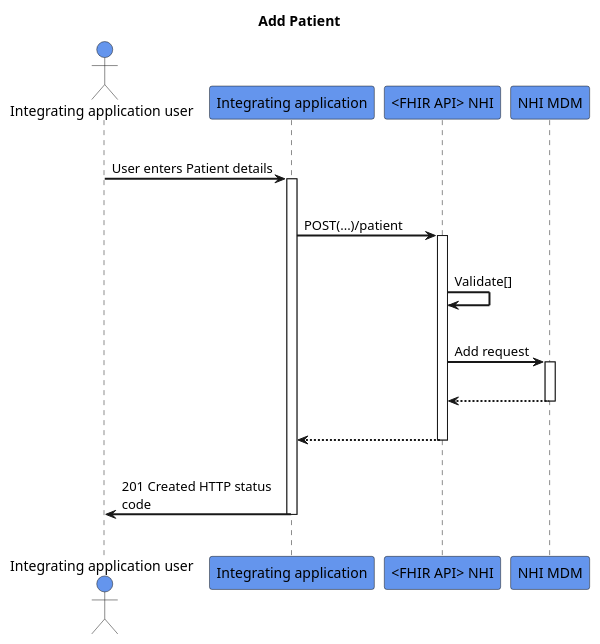
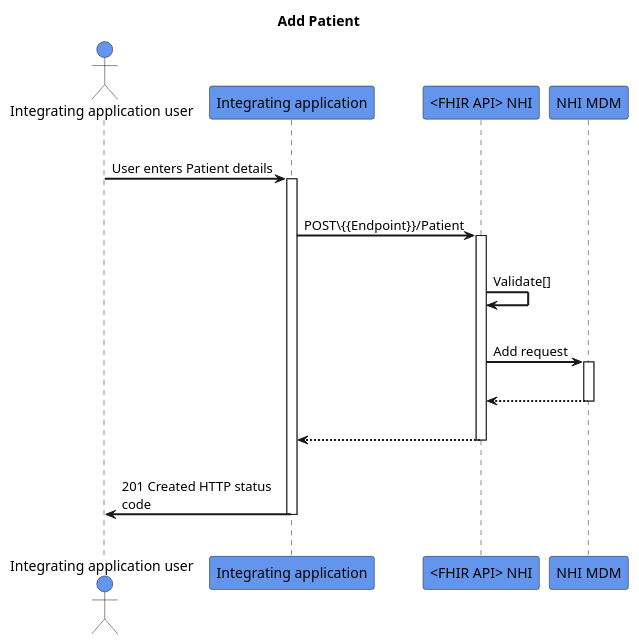
One commit to HL7NZ/nhi changed the diagram in input/images-source/add-patient.plantuml. Above: the diagram before and after it, drawn with PlantUML.

```diff
--- a/input/images-source/add-patient.plantuml
+++ b/input/images-source/add-patient.plantuml
@@ -2,32 +2,32 @@
 @startuml
 skinparam sequenceArrowThickness 2
 skinparam roundcorner 5
 skinparam maxmessagesize 180
 skinparam sequenceParticipant bold
 title Add Patient
 actor "Integrating application user" as User #CornflowerBlue
 participant "Integrating application" as A #CornflowerBlue
 participant "<FHIR API> NHI" as B #CornflowerBlue
 participant "NHI MDM" as C #CornflowerBlue
 |||
 User -> A: User enters Patient details
 activate A
 |||
-A -> B: POST(...)/patient
+A -> B: POST\{{Endpoint}}/Patient
 activate B
 |||
 B -> B: Validate[]
 |||
 B -> C: Add request
 activate C
 |||
 C -[dashed]-> B:  
 deactivate C
 |||
 B -[dashed]-> A:
 deactivate B
 |||
 A -> User: 201 Created HTTP status code
 deactivate A
 |||
 @enduml
```
